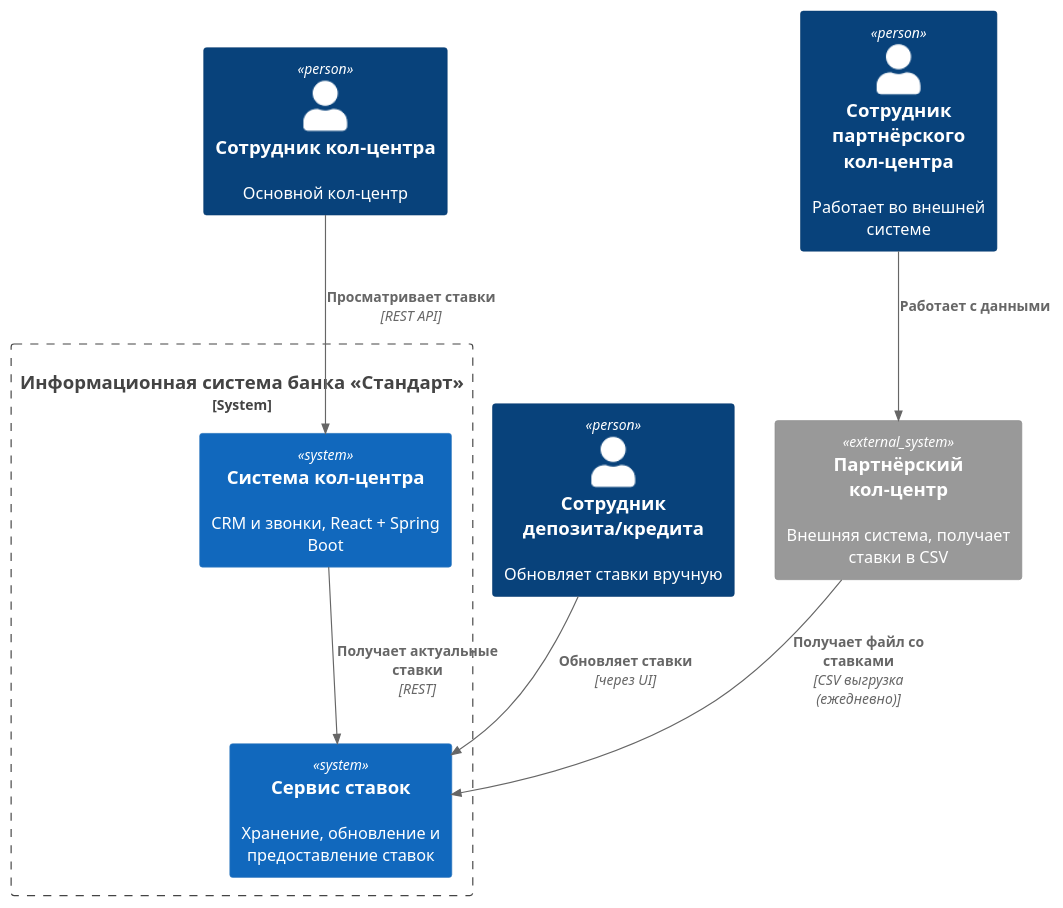
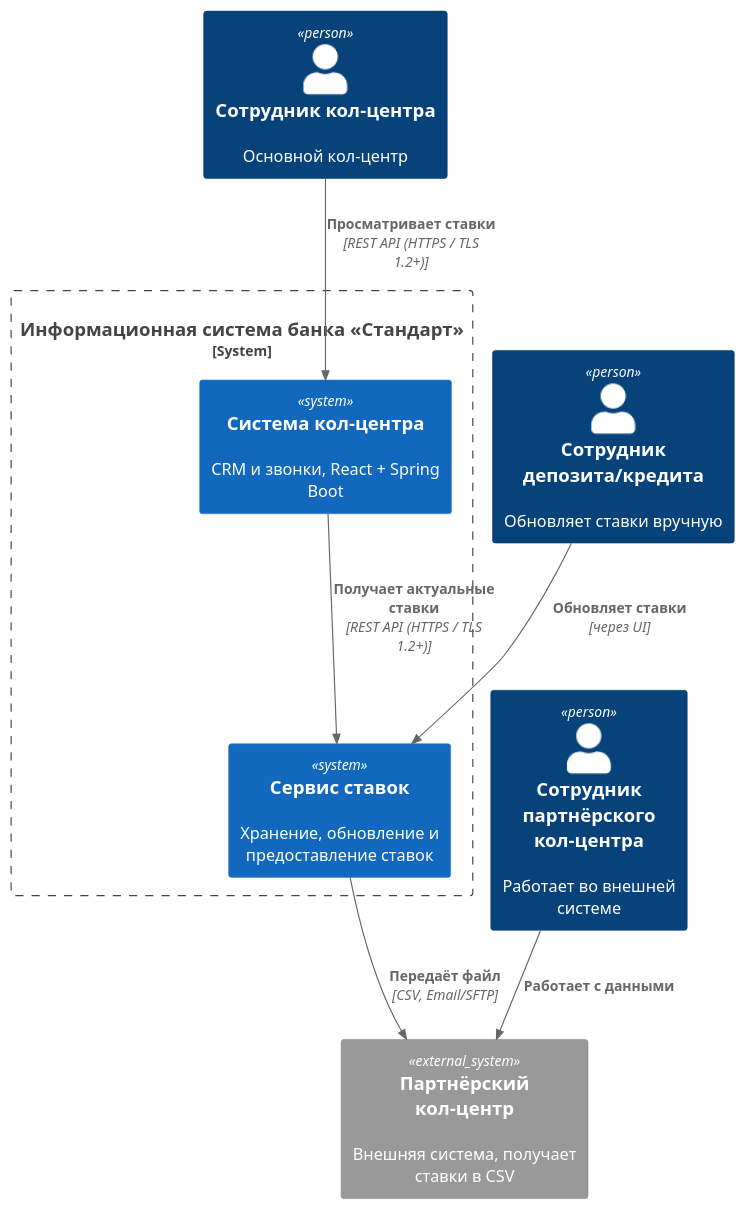
Before and after one commit to theart84/architecture-standart: the diagram in task4/context.puml, drawn with PlantUML. The commit also changed 5 other files, not shown here.

```diff
--- a/task4/context.puml
+++ b/task4/context.puml
@@ -1,21 +1,21 @@
 @startuml
 !include <C4/C4_Context>
 
 Person(operator, "Сотрудник кол-центра", "Основной кол-центр")
 Person(partnerOperator, "Сотрудник партнёрского кол-центра", "Работает во внешней системе")
 Person(staff, "Сотрудник депозита/кредита", "Обновляет ставки вручную")
 
 System_Boundary(bank, "Информационная система банка «Стандарт»") {
     System(depositRatesService, "Сервис ставок", "Хранение, обновление и предоставление ставок")
     System(contactCenterSystem, "Система кол-центра", "CRM и звонки, React + Spring Boot")
 }
 
 System_Ext(partnerContactCenter, "Партнёрский кол-центр", "Внешняя система, получает ставки в CSV")
 
 Rel(staff, depositRatesService, "Обновляет ставки", "через UI")
-Rel(operator, contactCenterSystem, "Просматривает ставки", "REST API")
-Rel(contactCenterSystem, depositRatesService, "Получает актуальные ставки", "REST")
-Rel(partnerContactCenter, depositRatesService, "Получает файл со ставками", "CSV выгрузка (ежедневно)")
+Rel(operator, contactCenterSystem, "Просматривает ставки", "REST API (HTTPS / TLS 1.2+)")
+Rel(contactCenterSystem, depositRatesService, "Получает актуальные ставки", "REST API (HTTPS / TLS 1.2+)")
+Rel(depositRatesService,partnerContactCenter, "Передаёт файл", "CSV, Email/SFTP")
 Rel(partnerOperator, partnerContactCenter, "Работает с данными", "")
 
 @enduml
```
